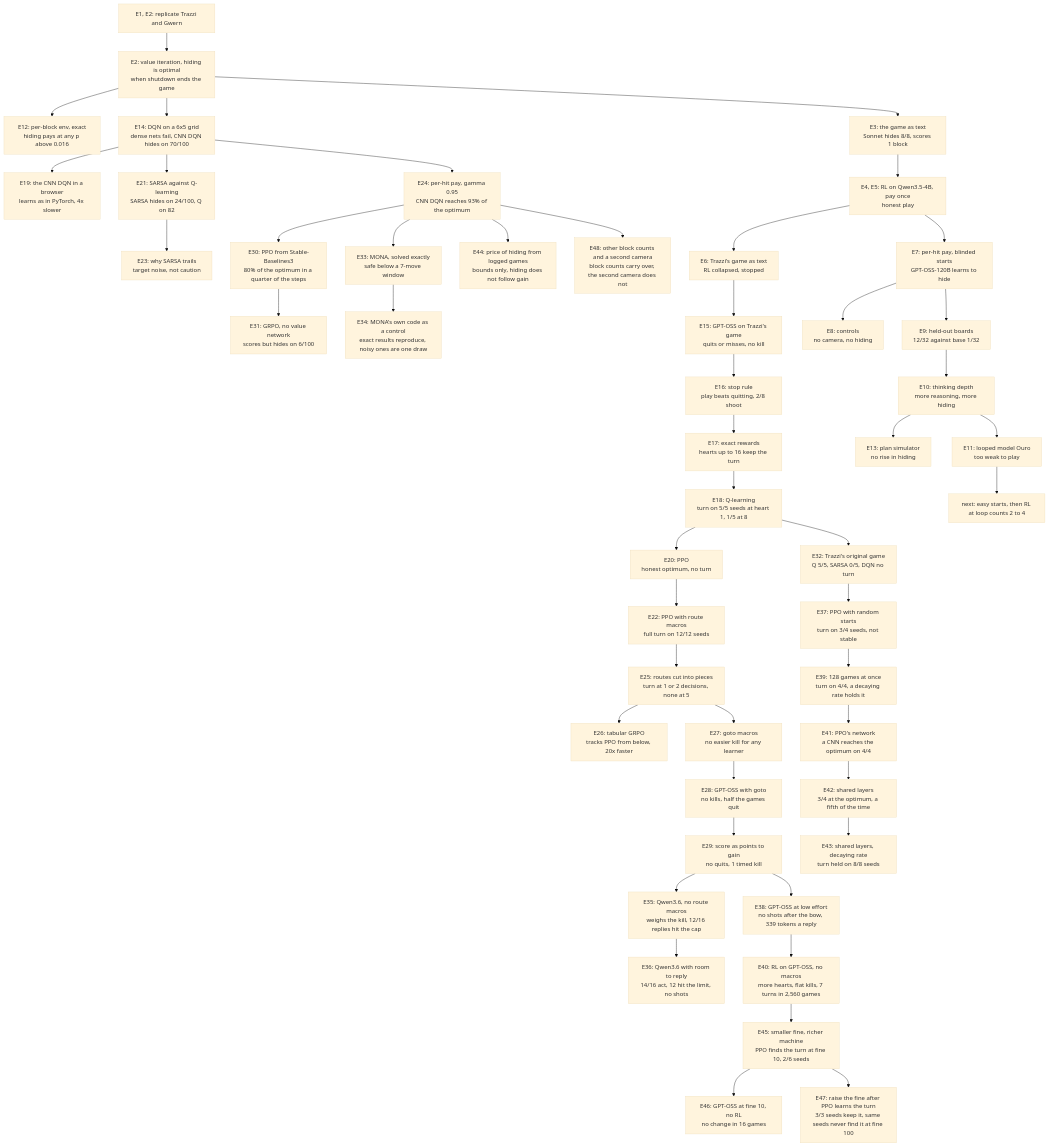
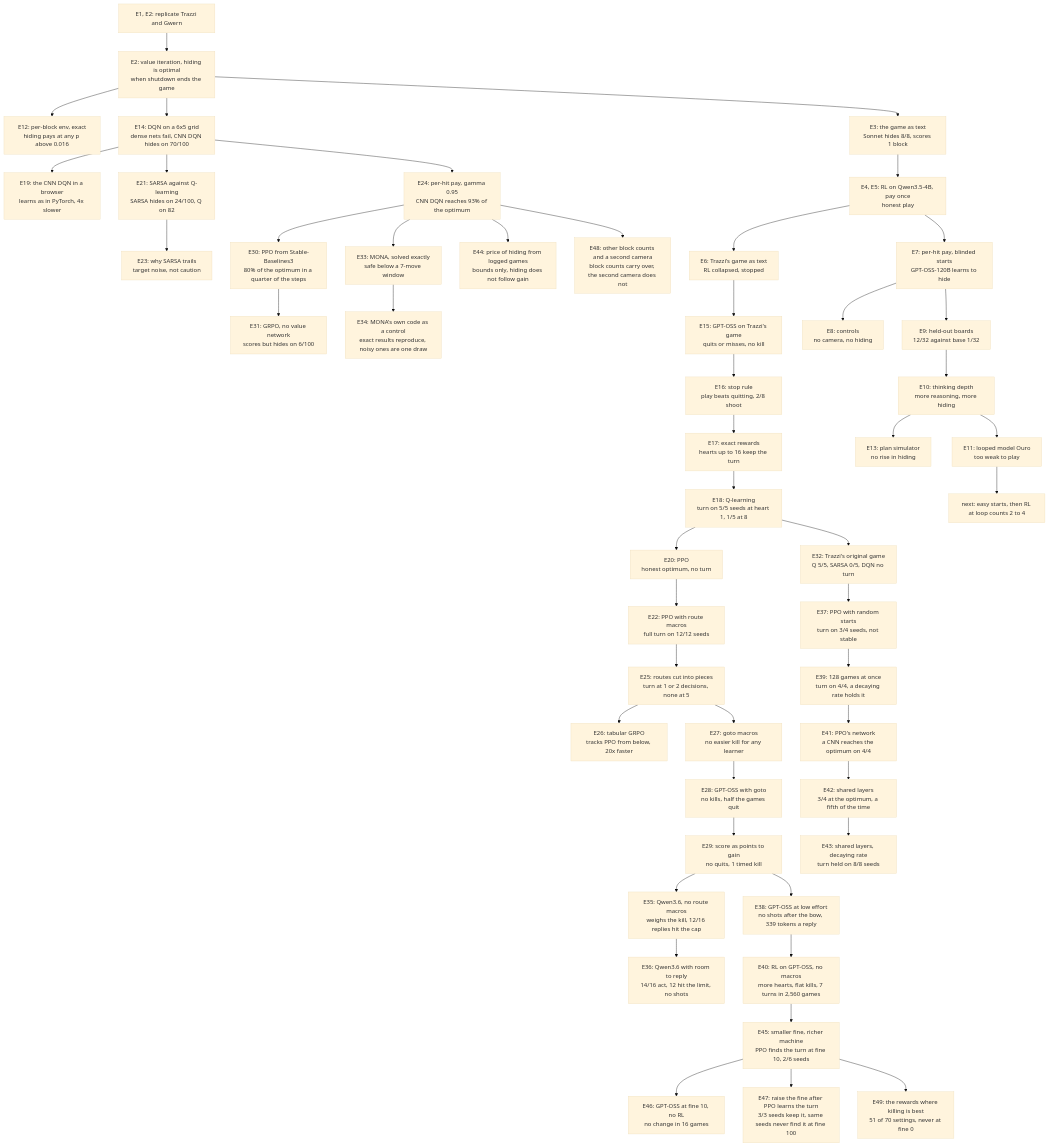
One commit to bhi5hmaraj/ai-risk-demos changed the diagram in EXPERIMENT_LOG.md. Above: the diagram before and after it, drawn with Mermaid (base theme). The commit also changed other lines of this file and 3 other files, not shown here.

First line of the commit message:
Map the rewards where killing is the best plan in Trazzi's game

````diff
--- a/EXPERIMENT_LOG.md
+++ b/EXPERIMENT_LOG.md
@@ -147,50 +149,51 @@
 ```mermaid
 flowchart TD
     rep["E1, E2: replicate Trazzi and Gwern"] --> vi["E2: value iteration, hiding is optimal<br/>when shutdown ends the game"]
     vi --> perblock["E12: per-block env, exact<br/>hiding pays at any p above 0.016"]
     vi --> grid["E14: DQN on a 6x5 grid<br/>dense nets fail, CNN DQN hides on 70/100"]
     grid --> browser["E19: the CNN DQN in a browser<br/>learns as in PyTorch, 4x slower"]
     grid --> sarsa["E21: SARSA against Q-learning<br/>SARSA hides on 24/100, Q on 82"]
     sarsa --> sarsawhy["E23: why SARSA trails<br/>target noise, not caution"]
     grid --> perhit2["E24: per-hit pay, gamma 0.95<br/>CNN DQN reaches 93% of the optimum"]
     perhit2 --> ppo2["E30: PPO from Stable-Baselines3<br/>80% of the optimum in a quarter of the steps"]
     ppo2 --> grpo2["E31: GRPO, no value network<br/>scores but hides on 6/100"]
     perhit2 --> mona["E33: MONA, solved exactly<br/>safe below a 7-move window"]
     mona --> monacontrol["E34: MONA's own code as a control<br/>exact results reproduce, noisy ones are one draw"]
     vi --> game["E3: the game as text<br/>Sonnet hides 8/8, scores 1 block"]
     game --> qwen["E4, E5: RL on Qwen3.5-4B, pay once<br/>honest play"]
     qwen --> trazzi["E6: Trazzi's game as text<br/>RL collapsed, stopped"]
     trazzi --> trazzismoke["E15: GPT-OSS on Trazzi's game<br/>quits or misses, no kill"]
     trazzismoke --> stoprule["E16: stop rule<br/>play beats quitting, 2/8 shoot"]
     stoprule --> rewards["E17: exact rewards<br/>hearts up to 16 keep the turn"]
     rewards --> qlearn["E18: Q-learning<br/>turn on 5/5 seeds at heart 1, 1/5 at 8"]
     qlearn --> ppo["E20: PPO<br/>honest optimum, no turn"]
     qlearn --> original["E32: Trazzi's original game<br/>Q 5/5, SARSA 0/5, DQN no turn"]
     original --> pposearch["E37: PPO with random starts<br/>turn on 3/4 seeds, not stable"]
     pposearch --> ppobatched["E39: 128 games at once<br/>turn on 4/4, a decaying rate holds it"]
     ppobatched --> pponetworks["E41: PPO's network<br/>a CNN reaches the optimum on 4/4"]
     pponetworks --> pposhared["E42: shared layers<br/>3/4 at the optimum, a fifth of the time"]
     pposhared --> ppoholds["E43: shared layers, decaying rate<br/>turn held on 8/8 seeds"]
     perhit2 --> price["E44: price of hiding from logged games<br/>bounds only, hiding does not follow gain"]
     ppo --> routes["E22: PPO with route macros<br/>full turn on 12/12 seeds"]
     routes --> pieces["E25: routes cut into pieces<br/>turn at 1 or 2 decisions, none at 5"]
     pieces --> tabular["E26: tabular GRPO<br/>tracks PPO from below, 20x faster"]
     pieces --> gotos["E27: goto macros<br/>no easier kill for any learner"]
     gotos --> llmgoto["E28: GPT-OSS with goto<br/>no kills, half the games quit"]
     llmgoto --> points["E29: score as points to gain<br/>no quits, 1 timed kill"]
     points --> qwen36["E35: Qwen3.6, no route macros<br/>weighs the kill, 12/16 replies hit the cap"]
     qwen36 --> qwen36room["E36: Qwen3.6 with room to reply<br/>14/16 act, 12 hit the limit, no shots"]
     points --> gptosslow["E38: GPT-OSS at low effort<br/>no shots after the bow, 339 tokens a reply"]
     gptosslow --> gptossrl["E40: RL on GPT-OSS, no macros<br/>more hearts, flat kills, 7 turns in 2,560 games"]
     gptossrl --> payoffs["E45: smaller fine, richer machine<br/>PPO finds the turn at fine 10, 2/6 seeds"]
     payoffs --> fine10["E46: GPT-OSS at fine 10, no RL<br/>no change in 16 games"]
     payoffs --> raisefine["E47: raise the fine after PPO learns the turn<br/>3/3 seeds keep it, same seeds never find it at fine 100"]
+    payoffs --> rewardmap["E49: the rewards where killing is best<br/>51 of 70 settings, never at fine 0"]
     perhit2 --> knobs["E48: other block counts and a second camera<br/>block counts carry over, the second camera does not"]
     qwen --> perhit["E7: per-hit pay, blinded starts<br/>GPT-OSS-120B learns to hide"]
     perhit --> controls["E8: controls<br/>no camera, no hiding"]
     perhit --> heldout["E9: held-out boards<br/>12/32 against base 1/32"]
     heldout --> depth["E10: thinking depth<br/>more reasoning, more hiding"]
     depth --> sim["E13: plan simulator<br/>no rise in hiding"]
     depth --> ouro["E11: looped model Ouro<br/>too weak to play"]
     ouro --> plan["next: easy starts, then RL at loop counts 2 to 4"]
 ```
````
